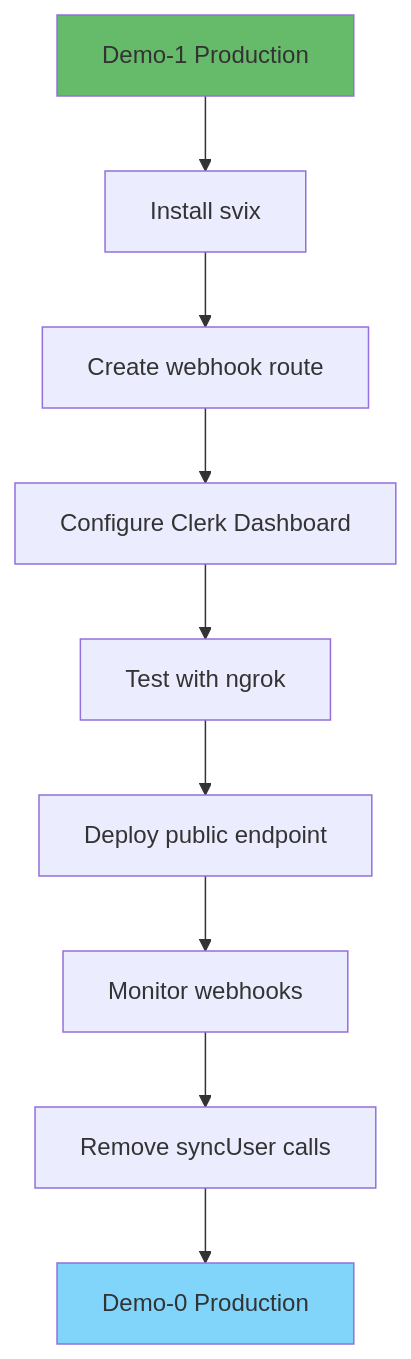
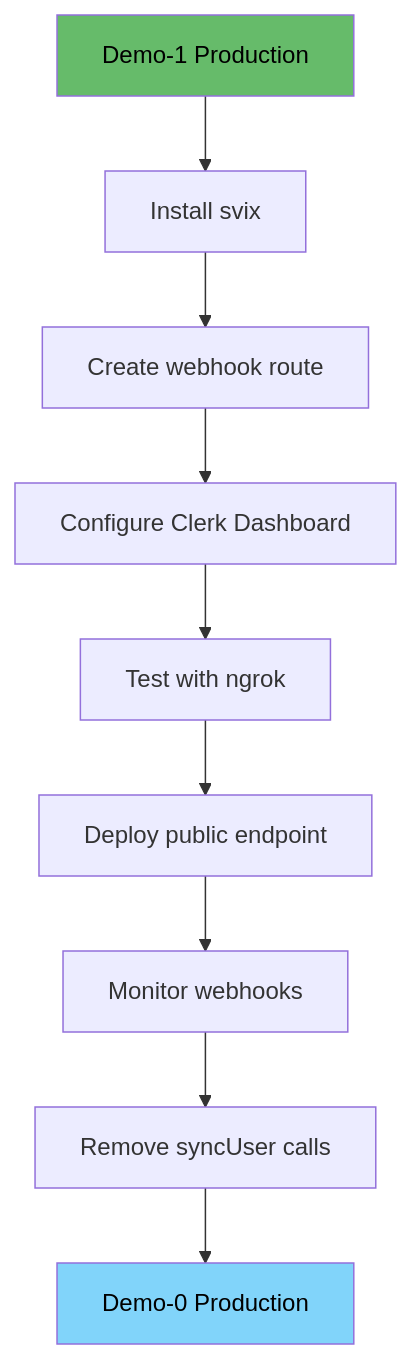
Before and after one commit to inskillflow/auths-1-NEXTJS-introduction: diagram 29 of 39 in 02-DIAGRAMMES_ARCHITECTURES.md, drawn with Mermaid. The commit also changed other lines of this file, not shown here.

````diff
--- a/02-DIAGRAMMES_ARCHITECTURES.md
+++ b/02-DIAGRAMMES_ARCHITECTURES.md
@@ -971,14 +971,14 @@
 ```mermaid
 graph TD
     START[Demo-1 Production] --> STEP1[Install svix]
     STEP1 --> STEP2[Create webhook route]
     STEP2 --> STEP3[Configure Clerk Dashboard]
     STEP3 --> STEP4[Test with ngrok]
     STEP4 --> STEP5[Deploy public endpoint]
     STEP5 --> STEP6[Monitor webhooks]
     STEP6 --> STEP7[Remove syncUser calls]
     STEP7 --> END[Demo-0 Production]
     
-    style START fill:#66bb6a
-    style END fill:#81d4fa
+    style START fill:#66bb6a,color:#000
+    style END fill:#81d4fa,color:#000
 ```
````
